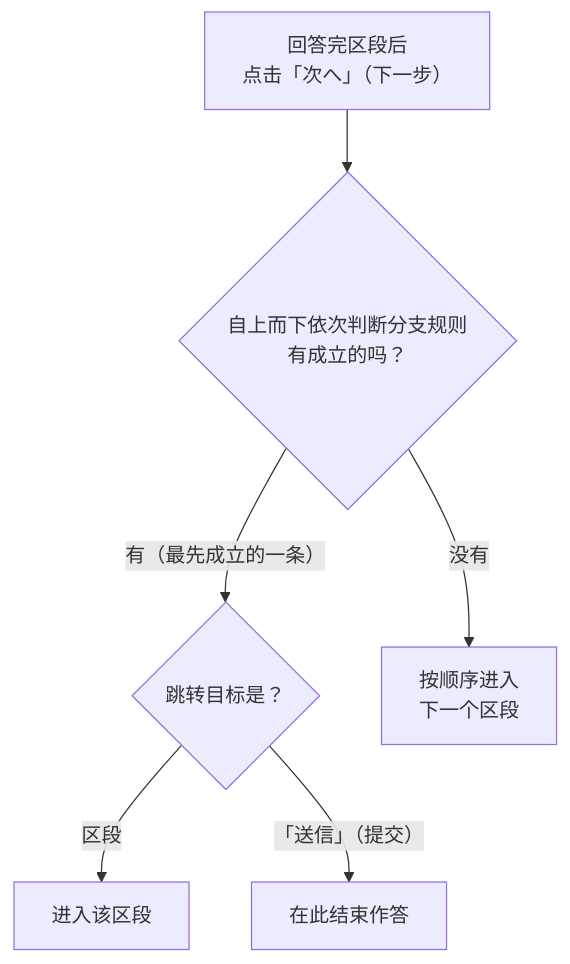
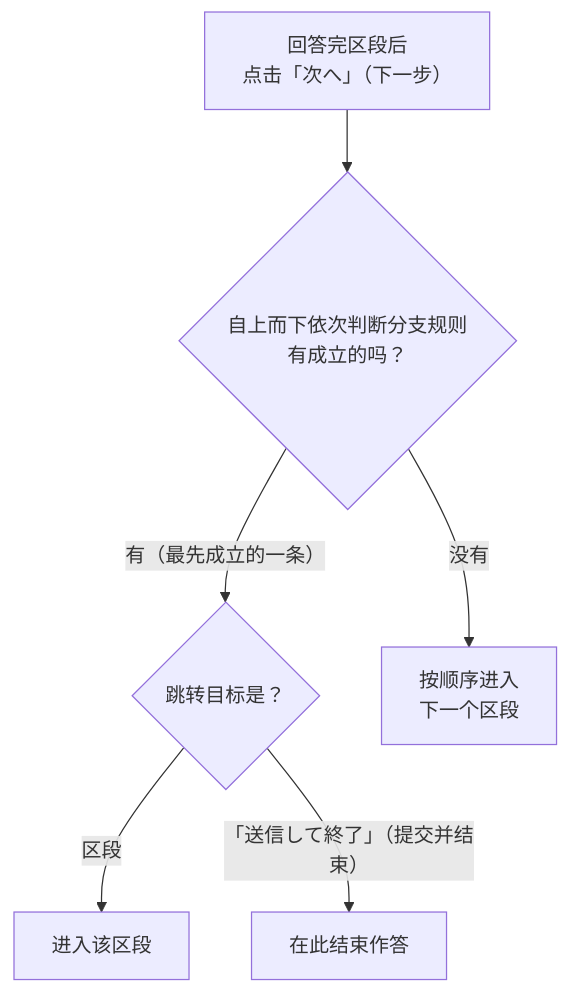
Before and after one commit to Kuisin/ckk-tool-v3: the diagram in coolify/apps/nextjs-web/content/manual/operations/general/forms/user.zh.md, drawn with Mermaid. The commit also changed other lines of this file and 29 other files, not shown here.

````diff
--- a/coolify/apps/nextjs-web/content/manual/operations/general/forms/user.zh.md
+++ b/coolify/apps/nextjs-web/content/manual/operations/general/forms/user.zh.md
@@ -75,8 +132,8 @@
 ```mermaid
 flowchart TD
   s["回答完区段后<br/>点击「次へ」（下一步）"] --> q{"自上而下依次判断分支规则<br/>有成立的吗？"}
   q -->|"有（最先成立的一条）"| t{"跳转目标是？"}
   q -->|"没有"| n["按顺序进入<br/>下一个区段"]
   t -->|"区段"| j["进入该区段"]
-  t -->|"「送信」（提交）"| e["在此结束作答"]
+  t -->|"「送信して終了」（提交并结束）"| e["在此结束作答"]
 ```
````
